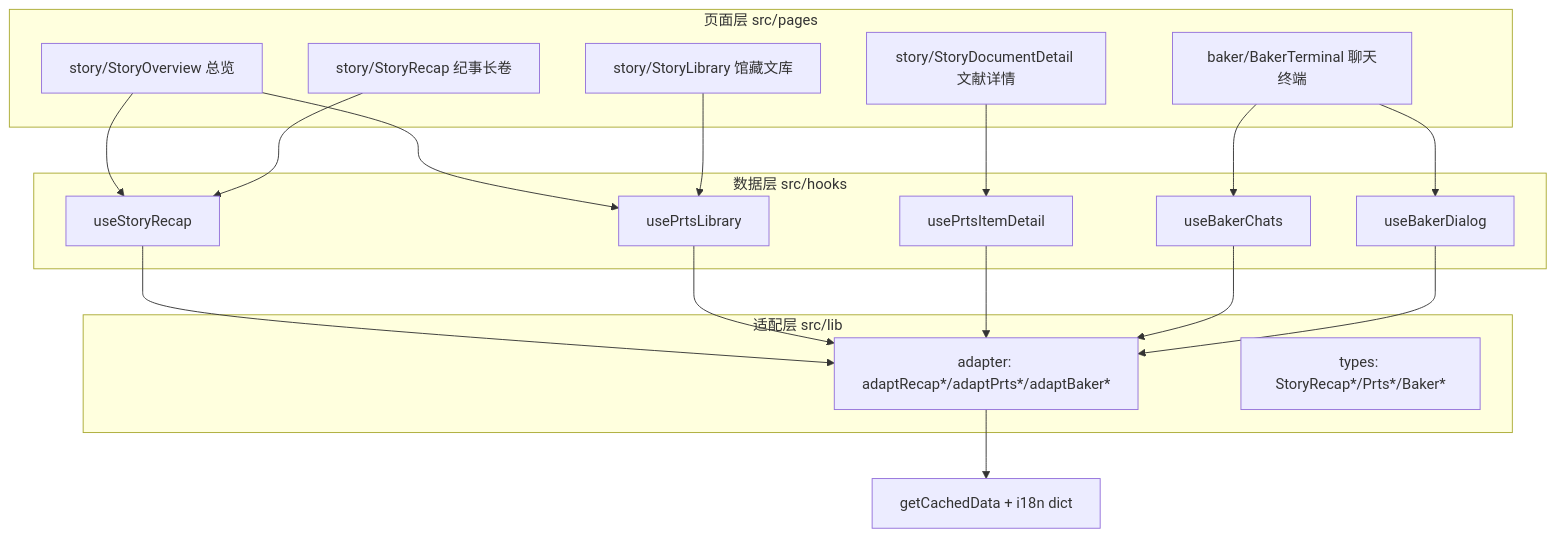
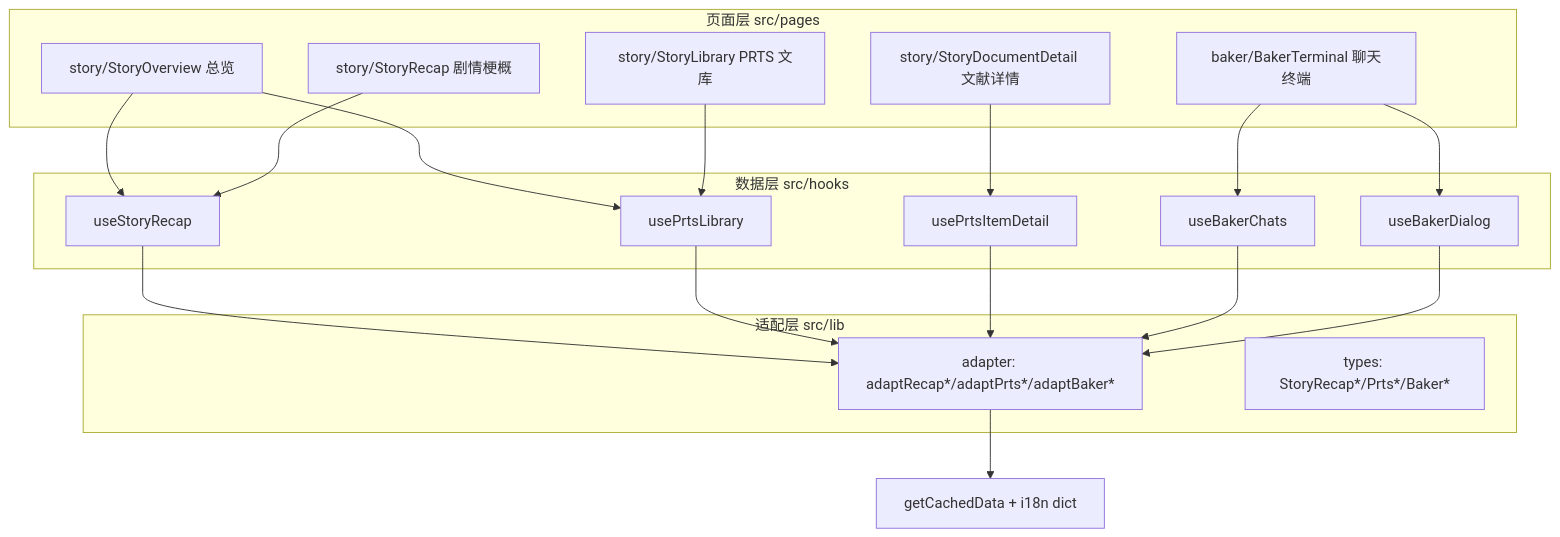
Before and after one commit to Deliay/hongshan-archives-bureau: the third of 3 diagrams in docs/engineering/proposal/20260730-story-chronicle.md, drawn with Mermaid. The commit also changed other lines of this file and 1 other file, not shown here.

````diff
--- a/docs/engineering/proposal/20260730-story-chronicle.md
+++ b/docs/engineering/proposal/20260730-story-chronicle.md
@@ -133,28 +133,28 @@
 ```mermaid
 flowchart TD
     subgraph pages[页面层 src/pages]
         P1[story/StoryOverview 总览]
-        P2[story/StoryRecap 纪事长卷]
-        P3[story/StoryLibrary 馆藏文库]
+        P2[story/StoryRecap 剧情梗概]
+        P3[story/StoryLibrary PRTS 文库]
         P4[story/StoryDocumentDetail 文献详情]
         P5[baker/BakerTerminal 聊天终端]
     end
     subgraph hooks[数据层 src/hooks]
         H1[useStoryRecap]
         H2[usePrtsLibrary]
         H3[usePrtsItemDetail]
         H4[useBakerChats]
         H5[useBakerDialog]
     end
     subgraph lib[适配层 src/lib]
         A1[adapter: adaptRecap*/adaptPrts*/adaptBaker*]
         T1[types: StoryRecap*/Prts*/Baker*]
     end
     P1 --> H1 & H2
     P2 --> H1
     P3 --> H2
     P4 --> H3
     P5 --> H4 & H5
     H1 & H2 & H3 & H4 & H5 --> A1
     A1 --> C[getCachedData + i18n dict]
 ```
````
